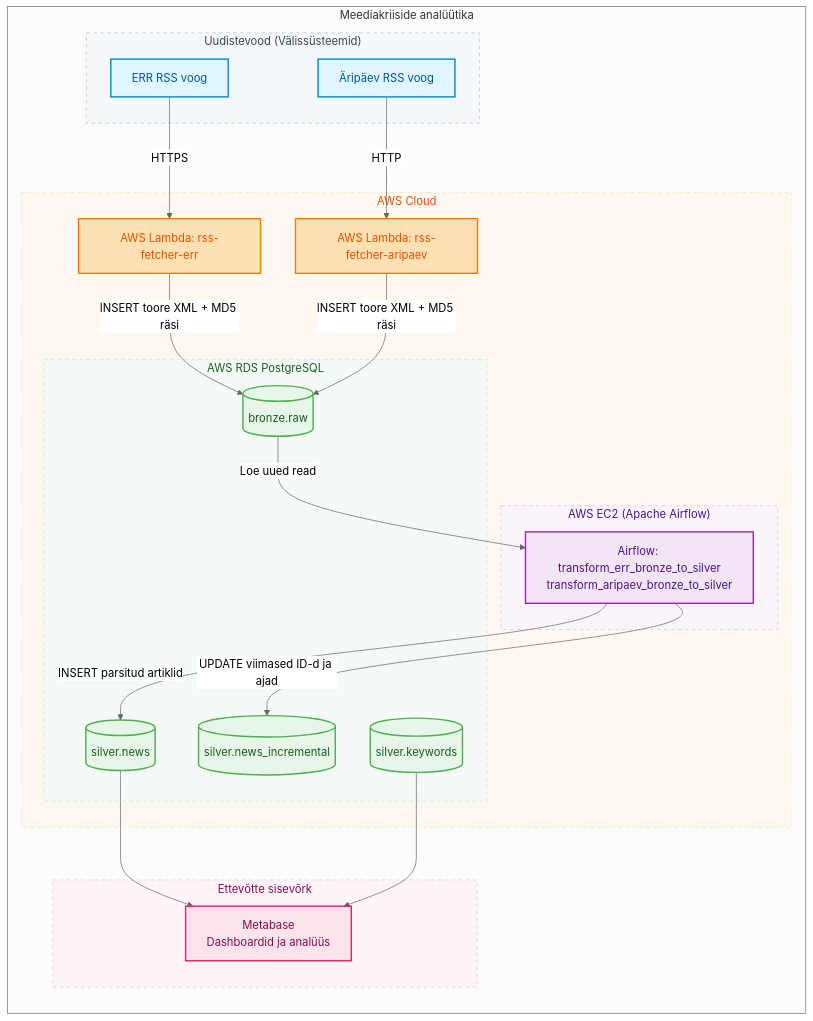
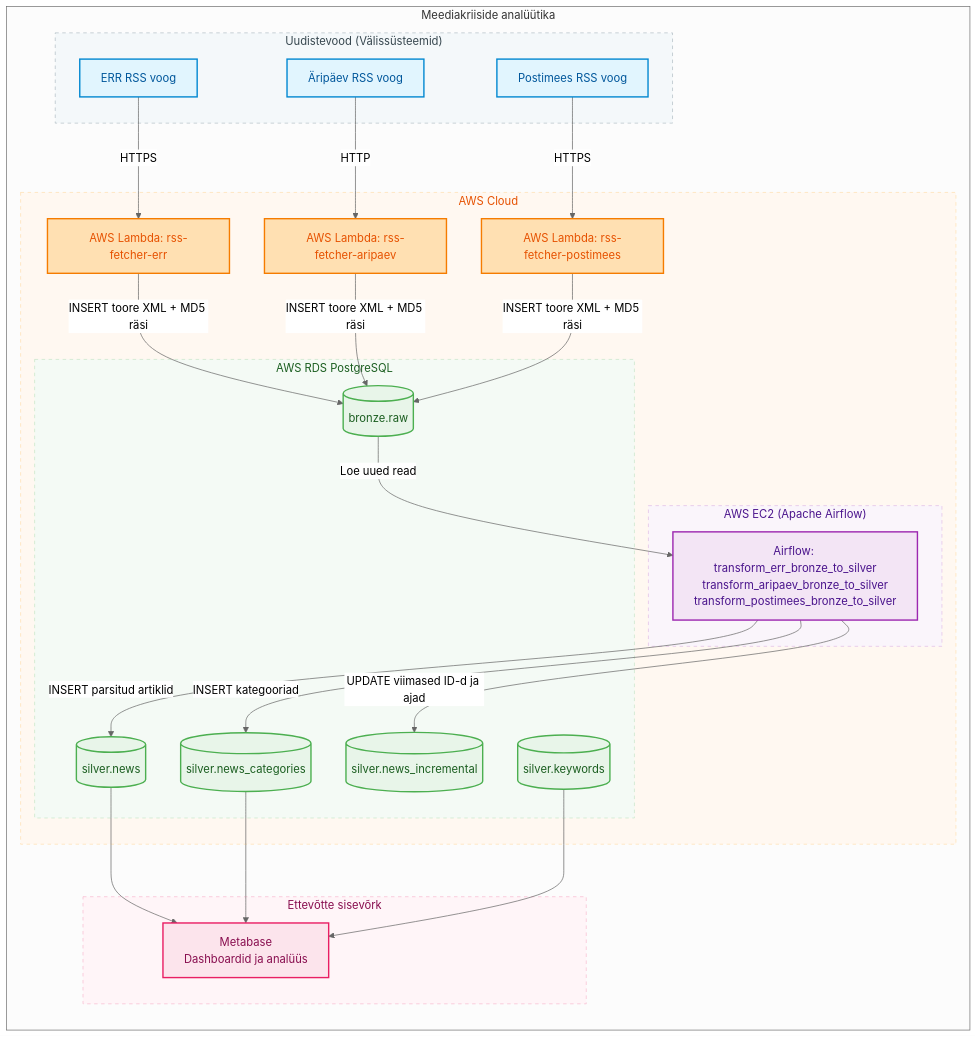
Before and after one commit to kaidokariste/ut-aik-grupitoo: the first of 2 diagrams in docs/arhitektuur.md, drawn with Mermaid. The commit also changed other lines of this file and 6 other files, not shown here.

````diff
--- a/docs/arhitektuur.md
+++ b/docs/arhitektuur.md
@@ -22,60 +22,67 @@
 ```mermaid
 %%{init: {'theme': 'neutral'}}%%
 flowchart LR
     subgraph PROJECT["Meediakriiside analüütika"]
         subgraph ALLIKAD["Uudistevood (Välissüsteemid)"]
             RSS1["ERR RSS voog"]
             RSS2["Äripäev RSS voog"]
+            RSS3["Postimees RSS voog"]
         end
 
         subgraph INGEST["AWS Cloud"]
             LAMBDA1["AWS Lambda: rss-fetcher-err"]
             LAMBDA2["AWS Lambda: rss-fetcher-aripaev"]
+            LAMBDA3["AWS Lambda: rss-fetcher-postimees"]
             subgraph TRANS["AWS EC2 (Apache Airflow)"]
-                AIRFLOW["Airflow: <br>transform_err_bronze_to_silver<br>transform_aripaev_bronze_to_silver"]
+                AIRFLOW["Airflow: <br>transform_err_bronze_to_silver<br>transform_aripaev_bronze_to_silver<br>transform_postimees_bronze_to_silver"]
             end
                 subgraph STORAGE["AWS RDS PostgreSQL"]
             BRONZE[("bronze.raw")]
             SILVER_NEWS[("silver.news")]
+            SILVER_CATS[("silver.news_categories")]
             SILVER_INC[("silver.news_incremental")]
             KEYWORDS[("silver.keywords")]
             end
         end
 
         subgraph VISUAL["Ettevõtte sisevõrk"]
             METABASE["Metabase<br>Dashboardid ja analüüs"]
         end
     end
     RSS1 -->|HTTPS| LAMBDA1
     RSS2 -->|HTTP| LAMBDA2
+    RSS3 -->|HTTPS| LAMBDA3
     LAMBDA1 -->|INSERT toore XML + MD5 räsi| BRONZE
     LAMBDA2 -->|INSERT toore XML + MD5 räsi| BRONZE
+    LAMBDA3 -->|INSERT toore XML + MD5 räsi| BRONZE
 
     BRONZE -->|Loe uued read| AIRFLOW
     AIRFLOW -->|INSERT parsitud artiklid| SILVER_NEWS
+    AIRFLOW -->|INSERT kategooriad| SILVER_CATS
     AIRFLOW -->|UPDATE viimased ID-d ja ajad| SILVER_INC
 
     SILVER_NEWS --> METABASE
+    SILVER_CATS --> METABASE
     KEYWORDS --> METABASE
 
     %% Stiiliklassid ja teemad
     classDef allikas fill:#E1F5FE,stroke:#0288D1,stroke-width:2px,color:#01579B;
     classDef lambda fill:#FFE0B2,stroke:#F57C00,stroke-width:2px,color:#E65100;
     classDef andmed fill:#E8F5E9,stroke:#4CAF50,stroke-width:2px,color:#1B5E20;
     classDef airflow fill:#F3E5F5,stroke:#9C27B0,stroke-width:2px,color:#4A148C;
     classDef metabase fill:#FCE4EC,stroke:#E91E63,stroke-width:2px,color:#880E4F;
 
     %% Klasside omistamine elementidele
-    class RSS1,RSS2 allikas;
-    class LAMBDA1,LAMBDA2 lambda;
-    class BRONZE,SILVER_NEWS,SILVER_INC,KEYWORDS andmed;
+    class RSS1,RSS2,RSS3 allikas;
+    class LAMBDA1,LAMBDA2,LAMBDA3 lambda;
+    class BRONZE,SILVER_NEWS,SILVER_CATS,SILVER_INC,KEYWORDS andmed;
     class AIRFLOW airflow;
     class METABASE metabase;
     
     %% Subgraphide stiilid
     style ALLIKAD fill:#F4F8FA,stroke:#B0BEC5,stroke-width:1px,stroke-dasharray: 5 5,color:#37474F
     style INGEST fill:#FFF8F1,stroke:#FFE0B2,stroke-width:1px,stroke-dasharray: 5 5,color:#E65100
     style STORAGE fill:#F4FAF5,stroke:#C8E6C9,stroke-width:1px,stroke-dasharray: 5 5,color:#1B5E20
     style TRANS fill:#FAF5FB,stroke:#E1BEE7,stroke-width:1px,stroke-dasharray: 5 5,color:#4A148C
     style VISUAL fill:#FFF5F8,stroke:#F8BBD0,stroke-width:1px,stroke-dasharray: 5 5,color:#880E4F
 ```
````
